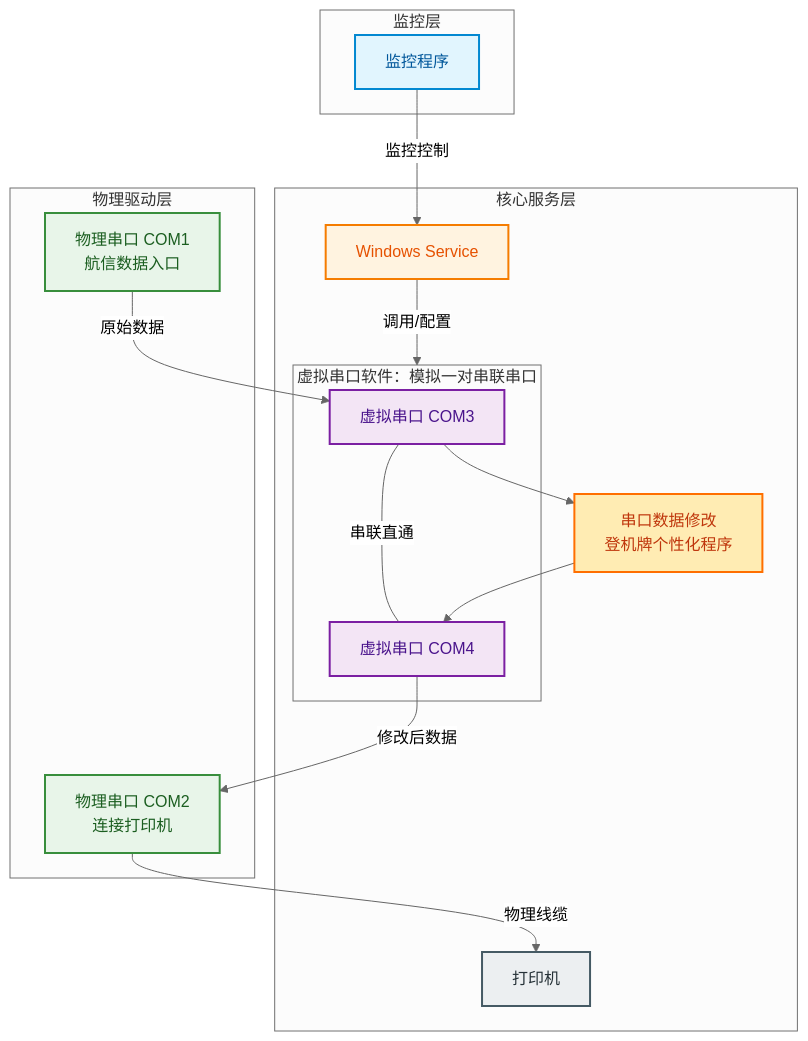
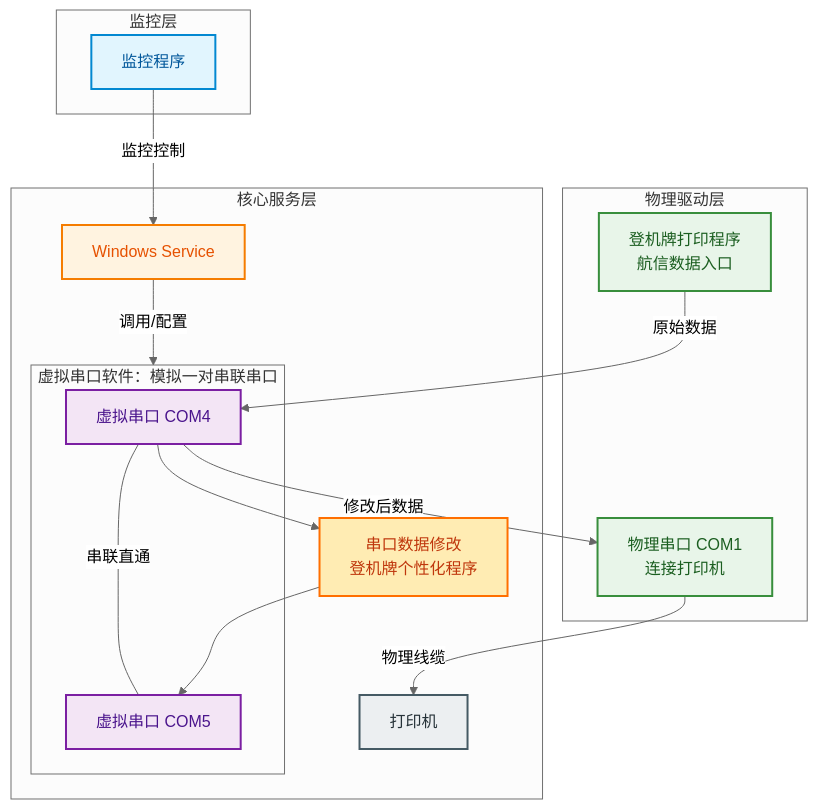
One commit to changweihua/changweihua.github.io changed the fifth of 5 diagrams in zh-CN/gallery/bpp.md. Above: the diagram before and after it, drawn with Mermaid (neutral theme). The commit also changed other lines of this file and 5 other files, not shown here.

````diff
--- a/zh-CN/gallery/bpp.md
+++ b/zh-CN/gallery/bpp.md
@@ -130,47 +130,47 @@
 ```mermaid
 graph TD
     %% 颜色定义
     classDef monitor fill:#E1F5FE,stroke:#0288D1,stroke-width:2px,color:#01579B
     classDef service fill:#FFF3E0,stroke:#F57C00,stroke-width:2px,color:#E65100
     classDef vserial fill:#F3E5F5,stroke:#7B1FA2,stroke-width:2px,color:#4A148C
     classDef physical fill:#E8F5E9,stroke:#388E3C,stroke-width:2px,color:#1B5E20
     classDef modify fill:#FFECB3,stroke:#FF6F00,stroke-width:2px,color:#BF360C
     classDef printer fill:#ECEFF1,stroke:#455A64,stroke-width:2px,color:#263238
     classDef note fill:#FFF9C4,stroke:#FBC02D,stroke-dasharray: 5 5,color:#827717
 
     subgraph 监控层
         Monitor[监控程序]
     end
     class Monitor monitor
 
     subgraph 核心服务层
         WinSvc[Windows Service]
         subgraph VSerialBox[虚拟串口软件：模拟一对串联串口]
-            COM3[虚拟串口 COM3]
             COM4[虚拟串口 COM4]
-            COM3 ---|串联直通| COM4
+            COM5[虚拟串口 COM5]
+            COM4 ---|串联直通| COM5
         end
         Modify[串口数据修改<br/>登机牌个性化程序]
         Printer[打印机]
 
         WinSvc -->|调用/配置| VSerialBox
-        COM3 --> Modify
-        Modify --> COM4
+        COM4 --> Modify
+        Modify --> COM5
     end
     class WinSvc service
-    class COM3,COM4 vserial
+    class COM4,COM5 vserial
     class Modify modify
     class Printer printer
 
     subgraph 物理驱动层
-        COM1[物理串口 COM1<br/>航信数据入口]
-        COM2[物理串口 COM2<br/>连接打印机]
+        TravelSky[登机牌打印程序<br/>航信数据入口]
+        COM1[物理串口 COM1<br/>连接打印机]
     end
-    class COM1,COM2 physical
+    class TravelSky,COM1 physical
 
     %% 连接
     Monitor -->|监控控制| WinSvc
-    COM1 -->|原始数据| COM3
-    COM4 -->|修改后数据| COM2
-    COM2 -->|物理线缆| Printer
+    TravelSky -->|原始数据| COM4
+    COM4 -->|修改后数据| COM1
+    COM1 -->|物理线缆| Printer
 ```
````
